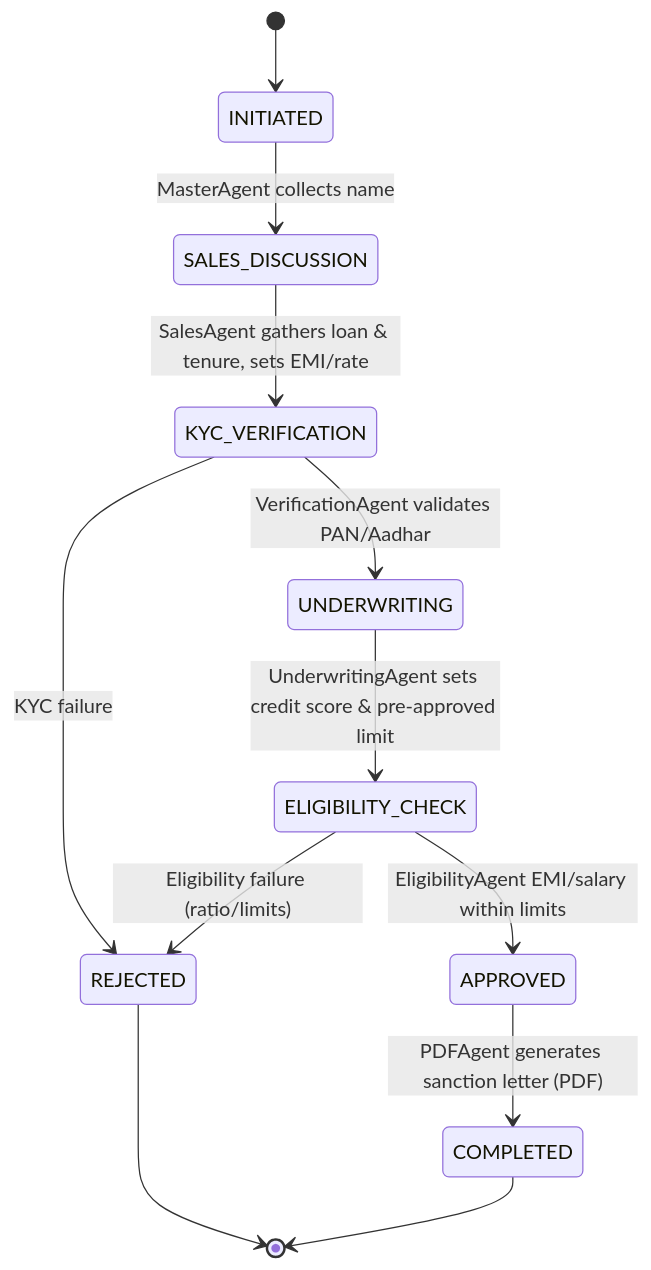
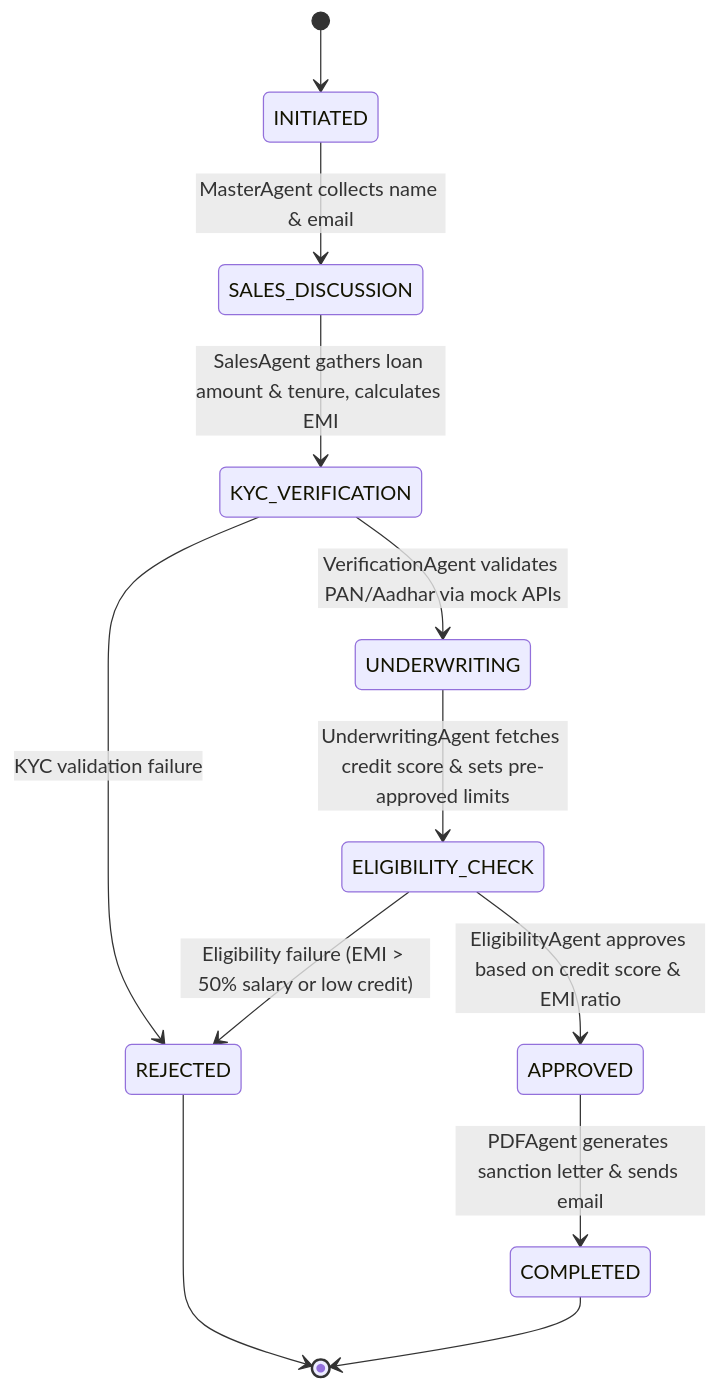
One commit to Madhur-Prakash/AI-Loan-Advisor changed the first of 3 diagrams in docs/agent_workflow.md. Above: the diagram before and after it, drawn with Mermaid. The commit also changed other lines of this file and 4 other files, not shown here.

````diff
--- a/docs/agent_workflow.md
+++ b/docs/agent_workflow.md
@@ -7,16 +7,16 @@
 ```mermaid
 stateDiagram-v2
     [*] --> INITIATED
 
-    INITIATED --> SALES_DISCUSSION: MasterAgent collects name
-    SALES_DISCUSSION --> KYC_VERIFICATION: SalesAgent gathers loan & tenure, sets EMI/rate
-    KYC_VERIFICATION --> UNDERWRITING: VerificationAgent validates PAN/Aadhar
-    KYC_VERIFICATION --> REJECTED: KYC failure
-    UNDERWRITING --> ELIGIBILITY_CHECK: UnderwritingAgent sets credit score & pre-approved limit
-    ELIGIBILITY_CHECK --> APPROVED: EligibilityAgent EMI/salary within limits
-    ELIGIBILITY_CHECK --> REJECTED: Eligibility failure (ratio/limits)
-    APPROVED --> COMPLETED: PDFAgent generates sanction letter (PDF)
+    INITIATED --> SALES_DISCUSSION: MasterAgent collects name & email
+    SALES_DISCUSSION --> KYC_VERIFICATION: SalesAgent gathers loan amount & tenure, calculates EMI
+    KYC_VERIFICATION --> UNDERWRITING: VerificationAgent validates PAN/Aadhar via mock APIs
+    KYC_VERIFICATION --> REJECTED: KYC validation failure
+    UNDERWRITING --> ELIGIBILITY_CHECK: UnderwritingAgent fetches credit score & sets pre-approved limits
+    ELIGIBILITY_CHECK --> APPROVED: EligibilityAgent approves based on credit score & EMI ratio
+    ELIGIBILITY_CHECK --> REJECTED: Eligibility failure (EMI > 50% salary or low credit)
+    APPROVED --> COMPLETED: PDFAgent generates sanction letter & sends email
 
     REJECTED --> [*]
     COMPLETED --> [*]
 ```
````
